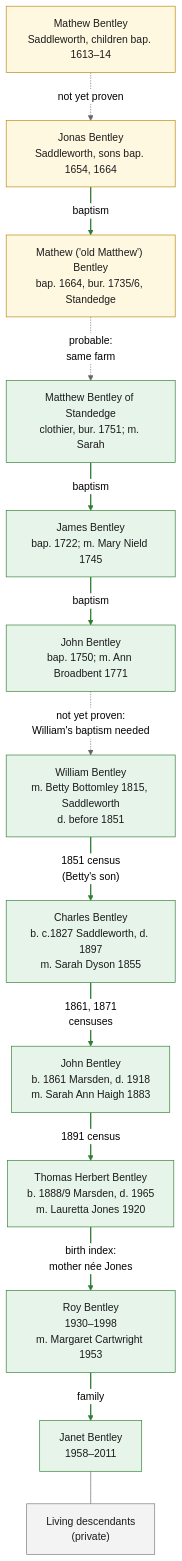
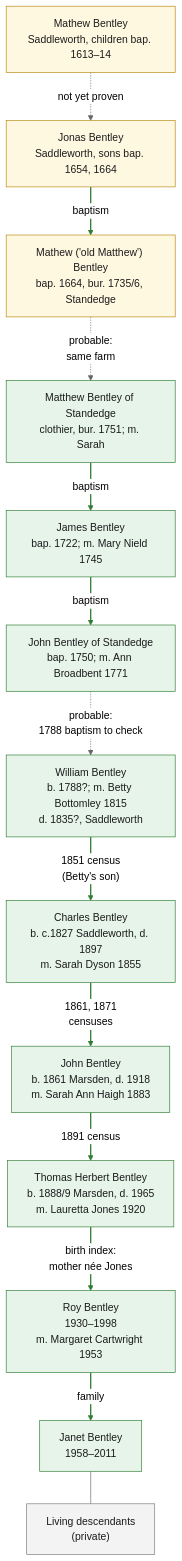
The diagram in family-tree.md (OPISGUY/Bentley-Family-History), drawn with Mermaid (neutral theme) before and after one commit. The commit also changed other lines of this file and 3 other files, not shown here.

First line of the commit message:
Strengthen William Bentley's link to John Bentley and Ann Broadbent

````diff
--- a/family-tree.md
+++ b/family-tree.md
@@ -17,35 +17,35 @@
 ```mermaid
 flowchart TD
     classDef found fill:#e6f4ea,stroke:#2e7d32,color:#1b1b1b
     classDef probable fill:#fff8e1,stroke:#b8860b,color:#1b1b1b
     classDef gap fill:#f3f3f3,stroke:#777777,color:#1b1b1b
 
     A1["Mathew Bentley<br/>Saddleworth, children bap. 1613–14"]:::probable
     A2["Jonas Bentley<br/>Saddleworth, sons bap. 1654, 1664"]:::probable
     A3["Mathew ('old Matthew') Bentley<br/>bap. 1664, bur. 1735/6, Standedge"]:::probable
     A4["Matthew Bentley of Standedge<br/>clothier, bur. 1751; m. Sarah"]:::found
     A5["James Bentley<br/>bap. 1722; m. Mary Nield 1745"]:::found
-    A6["John Bentley<br/>bap. 1750; m. Ann Broadbent 1771"]:::found
-    B1["William Bentley<br/>m. Betty Bottomley 1815, Saddleworth<br/>d. before 1851"]:::found
+    A6["John Bentley of Standedge<br/>bap. 1750; m. Ann Broadbent 1771"]:::found
+    B1["William Bentley<br/>b. 1788?; m. Betty Bottomley 1815<br/>d. 1835?, Saddleworth"]:::found
     B2["Charles Bentley<br/>b. c.1827 Saddleworth, d. 1897<br/>m. Sarah Dyson 1855"]:::found
     B3["John Bentley<br/>b. 1861 Marsden, d. 1918<br/>m. Sarah Ann Haigh 1883"]:::found
     B4["Thomas Herbert Bentley<br/>b. 1888/9 Marsden, d. 1965<br/>m. Lauretta Jones 1920"]:::found
     B5["Roy Bentley<br/>1930–1998<br/>m. Margaret Cartwright 1953"]:::found
     B6["Janet Bentley<br/>1958–2011"]:::found
     P["Living descendants<br/>(private)"]:::gap
 
     A1 -.->|not yet proven| A2
     A2 -->|baptism| A3
     A3 -.->|"probable:<br/>same farm"| A4
     A4 -->|baptism| A5
     A5 -->|baptism| A6
-    A6 -.->|"not yet proven:<br/>William's baptism needed"| B1
+    A6 -.->|"probable:<br/>1788 baptism to check"| B1
     B1 -->|"1851 census<br/>(Betty's son)"| B2
     B2 -->|"1861, 1871<br/>censuses"| B3
     B3 -->|"1891 census"| B4
     B4 -->|"birth index:<br/>mother née Jones"| B5
     B5 -->|family| B6
     B6 --- P
 
     linkStyle 1,3,4,6,7,8,9,10 stroke:#2e7d32,stroke-width:2px
 ```
````
